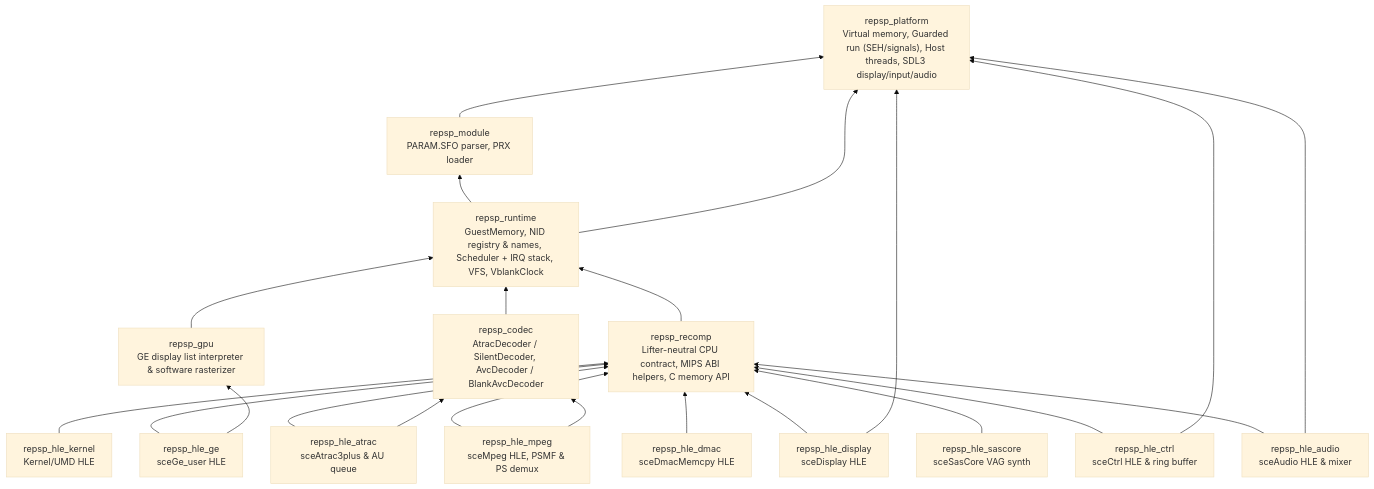
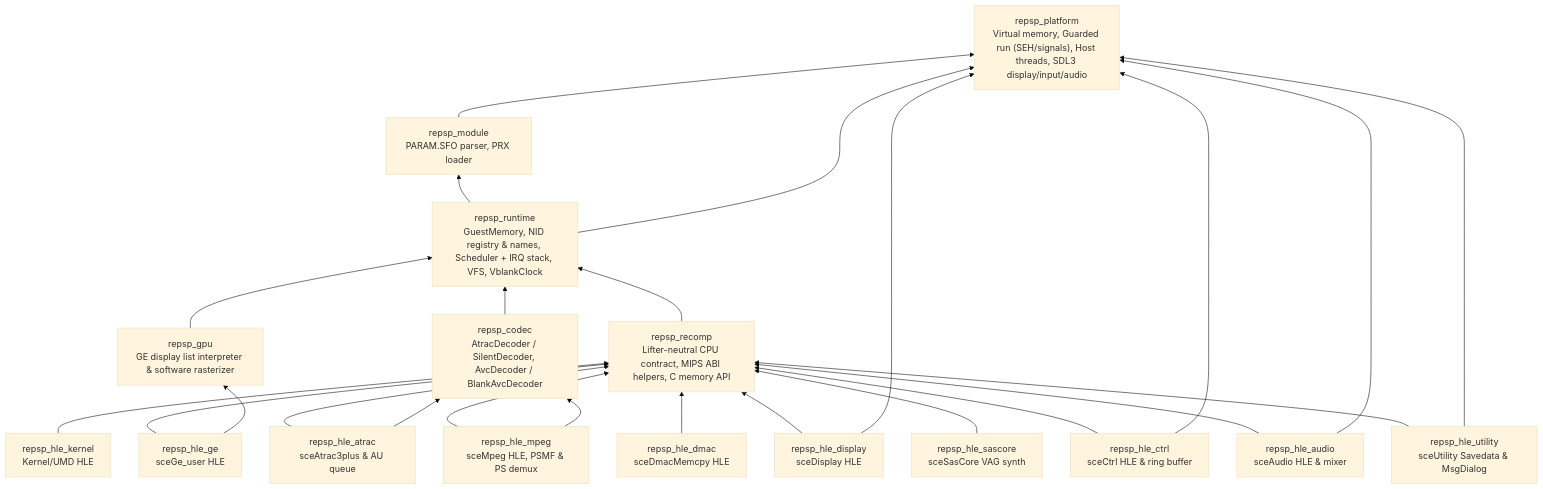
Before and after one commit to reexec/repsp: the diagram in ARCHITECTURE.md, drawn with Mermaid (base theme). The commit also changed other lines of this file and 14 other files, not shown here.

First line of the commit message:
v0.0.8: sceUtility save data and message dialog (#16)

````diff
--- a/ARCHITECTURE.md
+++ b/ARCHITECTURE.md
@@ -11,40 +11,43 @@
 ```mermaid
 flowchart BT
     PLAT["repsp_platform<br/>Virtual memory, Guarded run (SEH/signals), Host threads, SDL3 display/input/audio"]
     MOD["repsp_module<br/>PARAM.SFO parser, PRX loader"]
     RT["repsp_runtime<br/>GuestMemory, NID registry & names, Scheduler + IRQ stack, VFS, VblankClock"]
     GPU["repsp_gpu<br/>GE display list interpreter & software rasterizer"]
     REC["repsp_recomp<br/>Lifter-neutral CPU contract, MIPS ABI helpers, C memory API"]
     CODEC["repsp_codec<br/>AtracDecoder / SilentDecoder, AvcDecoder / BlankAvcDecoder"]
     HLEK["repsp_hle_kernel<br/>Kernel/UMD HLE"]
     HLEG["repsp_hle_ge<br/>sceGe_user HLE"]
     HLED["repsp_hle_display<br/>sceDisplay HLE"]
     HLEC["repsp_hle_ctrl<br/>sceCtrl HLE & ring buffer"]
     HLEDM["repsp_hle_dmac<br/>sceDmacMemcpy HLE"]
     HAUD["repsp_hle_audio<br/>sceAudio HLE & mixer"]
     HSAS["repsp_hle_sascore<br/>sceSasCore VAG synth"]
     HATR["repsp_hle_atrac<br/>sceAtrac3plus & AU queue"]
     HMPEG["repsp_hle_mpeg<br/>sceMpeg HLE, PSMF & PS demux"]
+    HUTIL["repsp_hle_utility<br/>sceUtility Savedata & MsgDialog"]
 
     MOD --> PLAT
     RT --> MOD
     RT --> PLAT
     CODEC --> RT
     GPU --> RT
     REC --> RT
     HLEK --> REC
     HLEG --> REC
     HLEG --> GPU
     HLED --> REC
     HLED --> PLAT
     HLEC --> REC
     HLEC --> PLAT
     HLEDM --> REC
     HAUD --> REC
     HAUD --> PLAT
     HSAS --> REC
     HATR --> REC
     HATR --> CODEC
     HMPEG --> REC
     HMPEG --> CODEC
+    HUTIL --> REC
+    HUTIL --> PLAT
 ```
````
